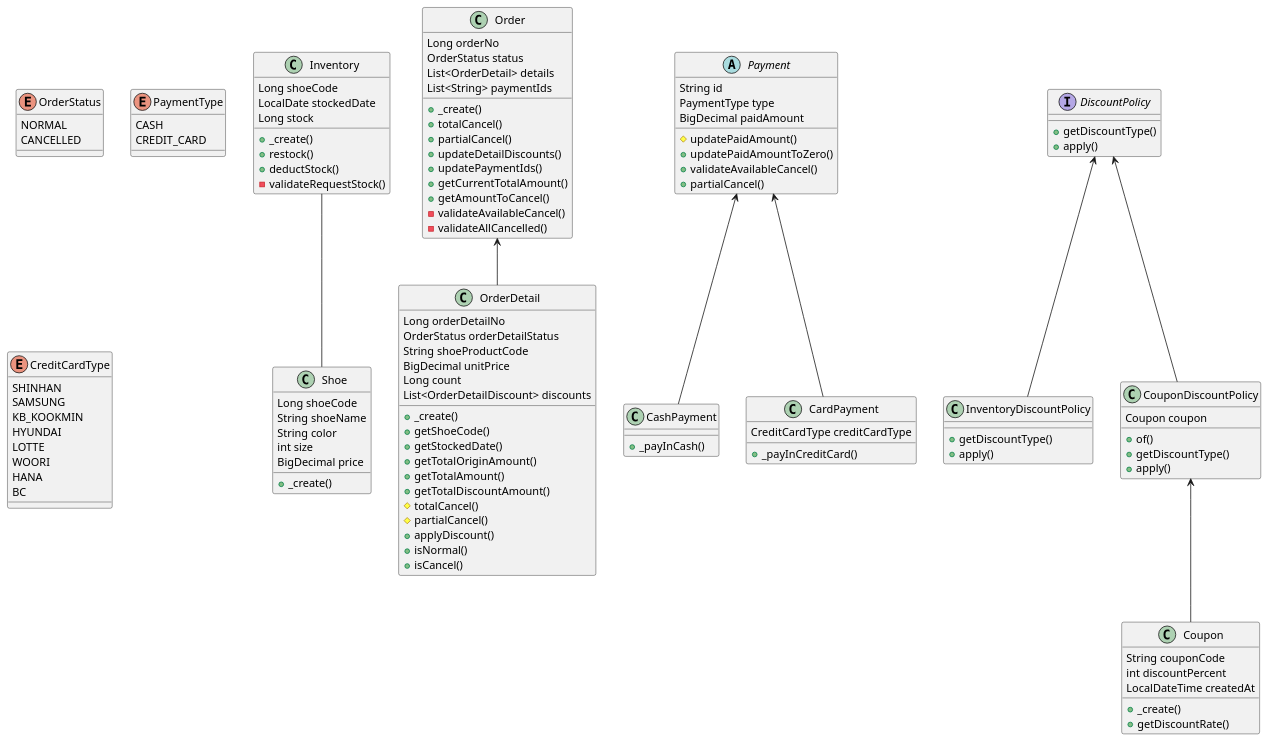
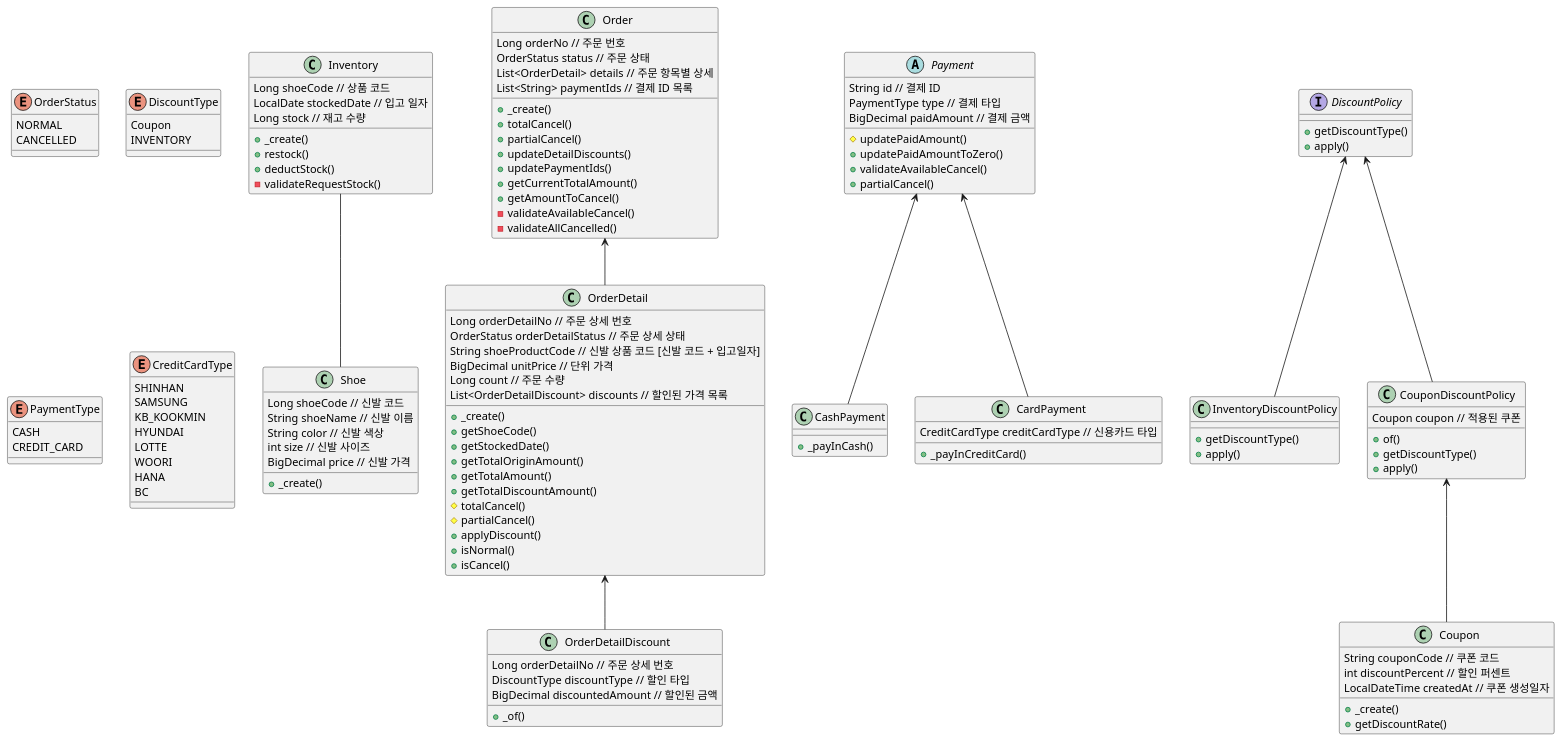
Before and after one commit to ABC-Mart-Owners-club/namjoon-shoe-store: the diagram in docs/DomainStructure.puml, drawn with PlantUML.

Commit message:
Docs : [#7] add comment at domain structure

```diff
--- a/docs/DomainStructure.puml
+++ b/docs/DomainStructure.puml
@@ -1,131 +1,144 @@
 @startuml
 
 class Shoe {
-Long shoeCode
-String shoeName
-String color
-int size
-BigDecimal price
+Long shoeCode // 신발 코드
+String shoeName // 신발 이름
+String color // 신발 색상
+int size // 신발 사이즈
+BigDecimal price // 신발 가격
 + _create()
 }
 
 enum OrderStatus {
 NORMAL
 CANCELLED
 }
 
 class Order {
-Long orderNo
-OrderStatus status
-List<OrderDetail> details
-List<String> paymentIds
+Long orderNo // 주문 번호
+OrderStatus status // 주문 상태
+List<OrderDetail> details // 주문 항목별 상세
+List<String> paymentIds // 결제 ID 목록
 + _create()
 + totalCancel()
 + partialCancel()
 + updateDetailDiscounts()
 + updatePaymentIds()
 + getCurrentTotalAmount()
 + getAmountToCancel()
 - validateAvailableCancel()
 - validateAllCancelled()
 }
 
 class OrderDetail {
-Long orderDetailNo
-OrderStatus orderDetailStatus
-String shoeProductCode
-BigDecimal unitPrice
-Long count
-List<OrderDetailDiscount> discounts
+Long orderDetailNo // 주문 상세 번호
+OrderStatus orderDetailStatus // 주문 상세 상태
+String shoeProductCode // 신발 상품 코드 [신발 코드 + 입고일자]
+BigDecimal unitPrice // 단위 가격
+Long count // 주문 수량
+List<OrderDetailDiscount> discounts // 할인된 가격 목록
 + _create()
 + getShoeCode()
 + getStockedDate()
 + getTotalOriginAmount()
 + getTotalAmount()
 + getTotalDiscountAmount()
 # totalCancel()
 # partialCancel()
 + applyDiscount()
 + isNormal()
 + isCancel()
+}
+
+class OrderDetailDiscount {
+Long orderDetailNo // 주문 상세 번호
+DiscountType discountType // 할인 타입
+BigDecimal discountedAmount // 할인된 금액
++ _of()
+}
+
+enum DiscountType {
+Coupon
+INVENTORY
 }
 
 enum PaymentType {
 CASH
 CREDIT_CARD
 }
 
 enum CreditCardType {
 SHINHAN
 SAMSUNG
 KB_KOOKMIN
 HYUNDAI
 LOTTE
 WOORI
 HANA
 BC
 }
 
 abstract class Payment {
-String id
-PaymentType type
-BigDecimal paidAmount
+String id // 결제 ID
+PaymentType type // 결제 타입
+BigDecimal paidAmount // 결제 금액
 # updatePaidAmount()
 + updatePaidAmountToZero()
 + validateAvailableCancel()
 + partialCancel()
 }
 
 class CashPayment {
 + _payInCash()
 }
 
 class CardPayment {
-CreditCardType creditCardType
+CreditCardType creditCardType // 신용카드 타입
 + _payInCreditCard()
 }
 
 class Inventory {
-Long shoeCode
-LocalDate stockedDate
-Long stock
+Long shoeCode // 상품 코드
+LocalDate stockedDate // 입고 일자
+Long stock // 재고 수량
 + _create()
 + restock()
 + deductStock()
 - validateRequestStock()
 }
 
 interface DiscountPolicy {
 + getDiscountType()
 + apply()
 }
 
 class InventoryDiscountPolicy {
 + getDiscountType()
 + apply()
 }
 
 class CouponDiscountPolicy {
-Coupon coupon
+Coupon coupon // 적용된 쿠폰
 + of()
 + getDiscountType()
 + apply()
 }
 
 class Coupon {
-String couponCode
-int discountPercent
-LocalDateTime createdAt
+String couponCode // 쿠폰 코드
+int discountPercent // 할인 퍼센트
+LocalDateTime createdAt // 쿠폰 생성일자
 + _create()
 + getDiscountRate()
 }
 
 Order <-- OrderDetail
+OrderDetail <-- OrderDetailDiscount
 Payment <-- CashPayment
 Payment <-- CardPayment
 Inventory -- Shoe
 DiscountPolicy <-- InventoryDiscountPolicy
 DiscountPolicy <-- CouponDiscountPolicy
 CouponDiscountPolicy <-- Coupon
 
 @enduml
```
